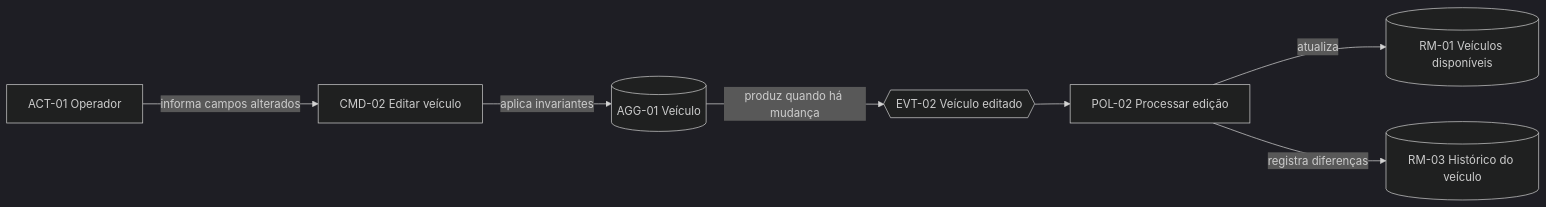
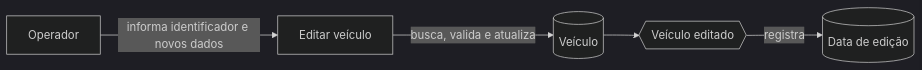
Before and after one commit to edionay/fiap-r: the third of 6 diagrams in docs/ddd/event-storming.md, drawn with Mermaid (dark theme). The commit also changed other lines of this file and 2 other files, not shown here.

````diff
--- a/docs/ddd/event-storming.md
+++ b/docs/ddd/event-storming.md
@@ -105,17 +54,13 @@
 ```mermaid
 flowchart LR
-    ACT[ACT-01 Operador]
-    CMD[CMD-02 Editar veículo]
-    AGG[(AGG-01 Veículo)]
-    EVT{{EVT-02 Veículo editado}}
-    POL[POL-02 Processar edição]
-    AVAILABLE[(RM-01 Veículos disponíveis)]
-    HISTORY[(RM-03 Histórico do veículo)]
+    O[Operador]
+    I[Editar veículo]
+    A[(Veículo)]
+    F{{Veículo editado}}
+    D[(Data de edição)]
 
-    ACT -->|informa campos alterados| CMD
-    CMD -->|aplica invariantes| AGG
-    AGG -->|produz quando há mudança| EVT
-    EVT --> POL
-    POL -->|atualiza| AVAILABLE
-    POL -->|registra diferenças| HISTORY
+    O -->|informa identificador e novos dados| I
+    I -->|busca, valida e atualiza| A
+    A --> F
+    F -->|registra| D
 ```
````
